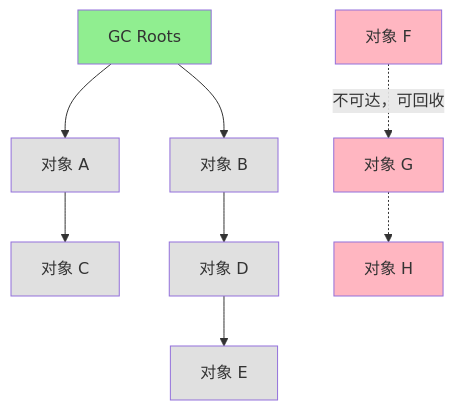
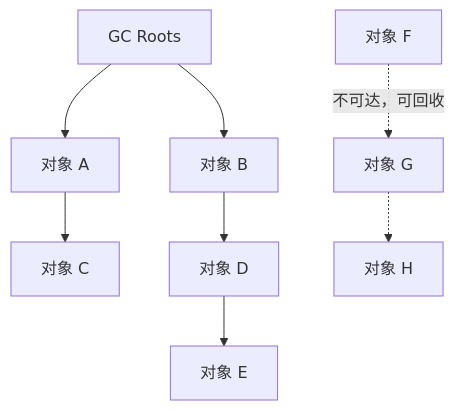
The first of 5 diagrams in docs/writings/JVM/garbage-collection.md (gelald/javrin), drawn with Mermaid before and after one commit. The commit also changed other lines of this file and 4 other files, not shown here.

Commit message:
chore(docs): 支持mermaid

````diff
--- a/docs/writings/JVM/garbage-collection.md
+++ b/docs/writings/JVM/garbage-collection.md
@@ -48,21 +48,11 @@
 ```mermaid
 flowchart TD
     GCRoots[GC Roots] --> A[对象 A]
     GCRoots --> B[对象 B]
     A --> C[对象 C]
     B --> D[对象 D]
     D --> E[对象 E]
 
     F[对象 F] -.->|不可达，可回收 | G[对象 G]
     G -.-> H[对象 H]
-
-    style GCRoots fill:#90EE90
-    style A fill:#E0E0E0
-    style B fill:#E0E0E0
-    style C fill:#E0E0E0
-    style D fill:#E0E0E0
-    style E fill:#E0E0E0
-    style F fill:#FFB6C1
-    style G fill:#FFB6C1
-    style H fill:#FFB6C1
 ```
````
